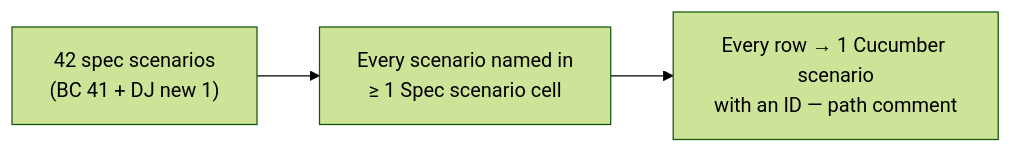
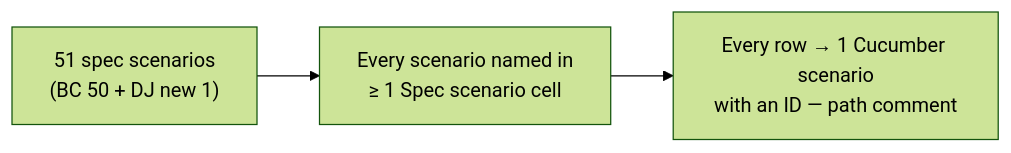
Before and after one commit to sampadadiwan/IRM_CompanyMain: the third of 3 diagrams in openspec/changes/bank-detail-change-controls/business-rules.md, drawn with Mermaid (forest theme). The commit also changed other lines of this file and 10 other files, not shown here.

````diff
--- a/openspec/changes/bank-detail-change-controls/business-rules.md
+++ b/openspec/changes/bank-detail-change-controls/business-rules.md
@@ -323,5 +407,5 @@
 ```mermaid
 flowchart LR
-    S["42 spec scenarios<br/>(BC 41 + DJ new 1)"] --> R["Every scenario named in<br/>≥ 1 Spec scenario cell"]
+    S["51 spec scenarios<br/>(BC 50 + DJ new 1)"] --> R["Every scenario named in<br/>≥ 1 Spec scenario cell"]
     R --> F["Every row → 1 Cucumber scenario<br/>with an ID — path comment"]
 ```
````
